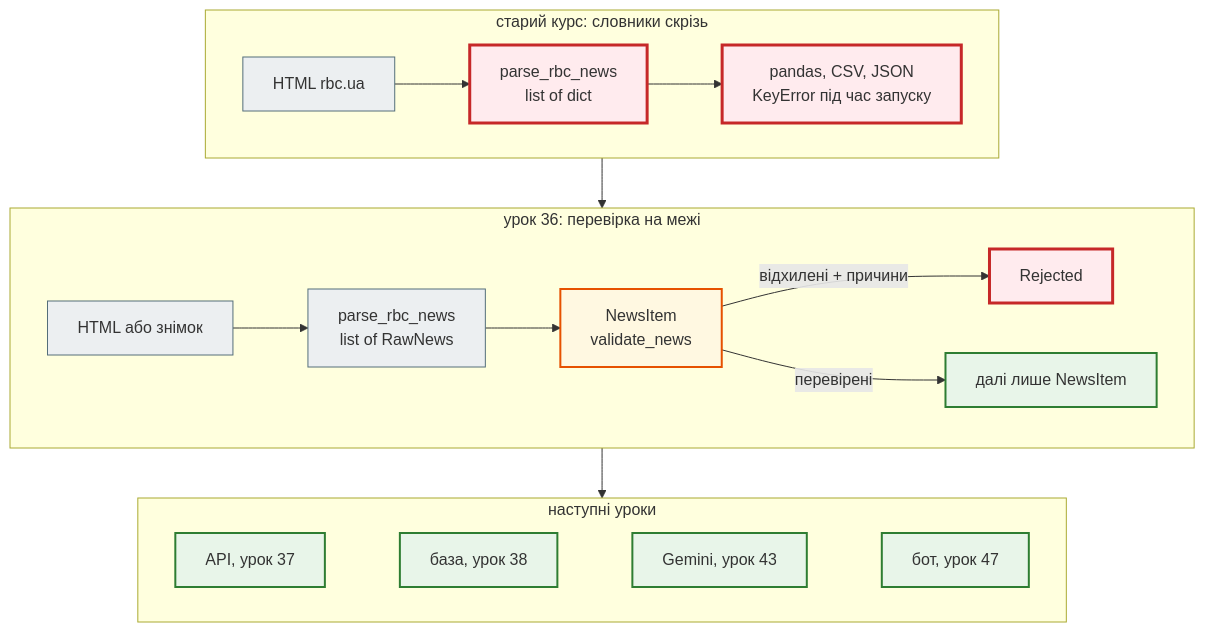
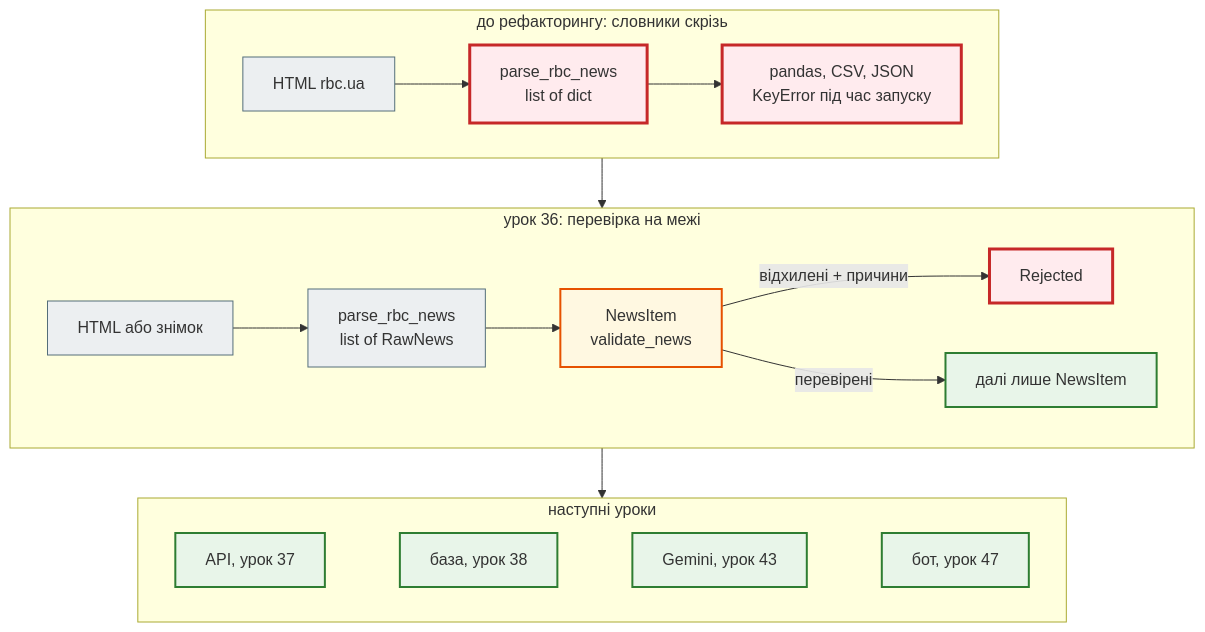
One commit to AlinaRadchenko/PY-Course-Victor-Nikoriak-22-09-2026 changed the second of 2 diagrams in docs/modules/m4/lesson_36.md. Above: the diagram before and after it, drawn with Mermaid. The commit also changed other lines of this file and 61 other files, not shown here.

````diff
--- a/docs/modules/m4/lesson_36.md
+++ b/docs/modules/m4/lesson_36.md
@@ -406,30 +406,30 @@
 ```mermaid
 flowchart TD
     classDef step     fill:#eceff1,stroke:#546e7a,stroke-width:1px;
     classDef decision fill:#e3f2fd,stroke:#1565c0,stroke-width:2px;
     classDef success  fill:#e8f5e9,stroke:#2e7d32,stroke-width:2px;
     classDef error    fill:#ffebee,stroke:#c62828,stroke-width:3px;
     classDef warning  fill:#fff8e1,stroke:#e65100,stroke-width:2px;
 
-    subgraph BEFORE ["старий курс: словники скрізь"]
+    subgraph BEFORE ["до рефакторингу: словники скрізь"]
         direction LR
         H0["HTML rbc.ua"] --> P0["parse_rbc_news<br>list of dict"] --> U0["pandas, CSV, JSON<br>KeyError під час запуску"]
     end
     subgraph AFTER ["урок 36: перевірка на межі"]
         direction LR
         H1["HTML або знімок"] --> P1["parse_rbc_news<br>list of RawNews"] --> V["NewsItem<br>validate_news"]
         V -- "відхилені + причини" --> R["Rejected"]
         V -- "перевірені" --> OK["далі лише NewsItem"]
     end
     subgraph NEXT ["наступні уроки"]
         direction LR
         A["API, урок 37"] ~~~ D["база, урок 38"] ~~~ G["Gemini, урок 43"] ~~~ B["бот, урок 47"]
     end
     BEFORE --> AFTER --> NEXT
 
     class H0,H1,P1 step
     class P0,U0 error
     class V warning
     class R error
     class OK,A,D,G,B success
 ```
````
